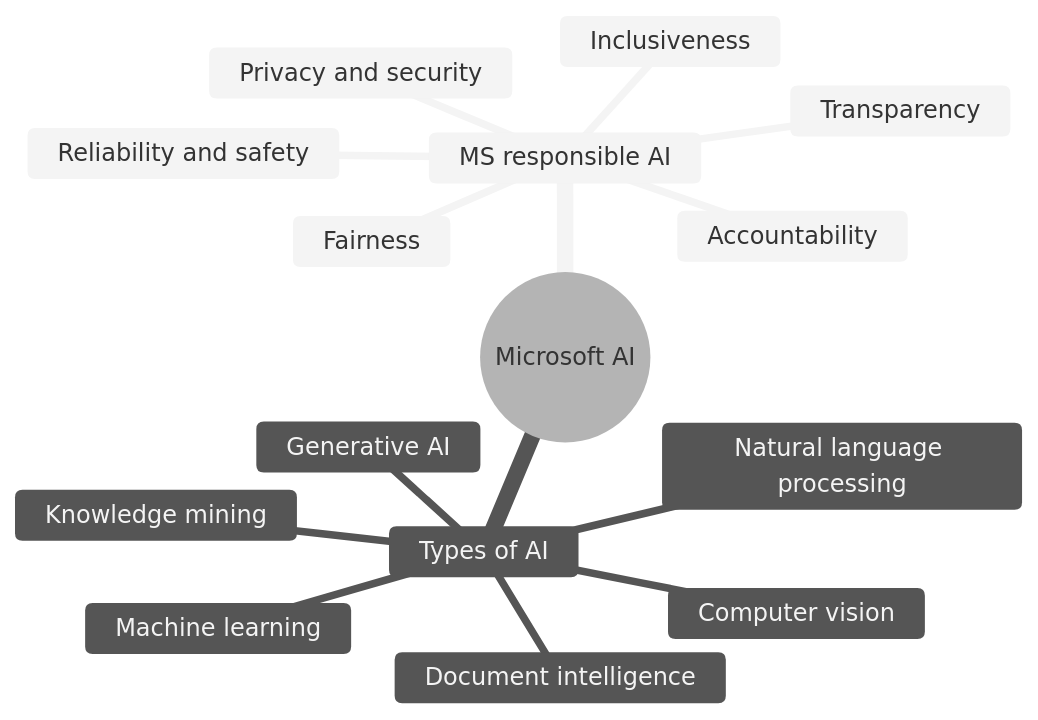
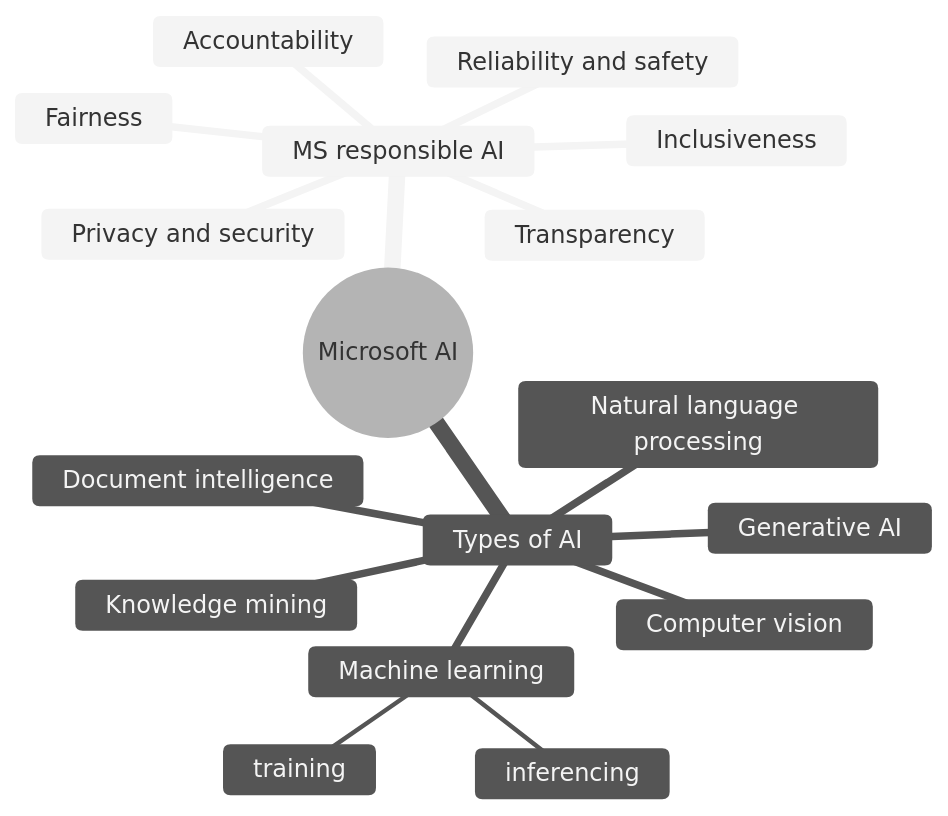
One commit to gitstua/Mindmaps changed the diagram in azure-ai-fundamentals.md. Above: the diagram before and after it, drawn with Mermaid (neutral theme).

````diff
--- a/azure-ai-fundamentals.md
+++ b/azure-ai-fundamentals.md
@@ -5,19 +5,21 @@
 ```mermaid
 mindmap
   root((Microsoft AI))
     MS responsible AI
       Fairness
       Reliability and safety
       Privacy and security
       Inclusiveness
       Transparency
       Accountability  
     Types of AI
-      Machine learning 
+      Machine learning
+        training
+        inferencing
       Computer vision
       Natural language processing
       Document intelligence
       Knowledge mining
       Generative AI
       
 ```
````
